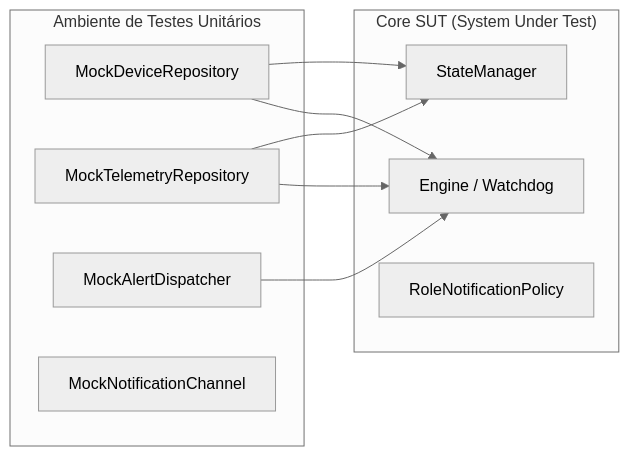
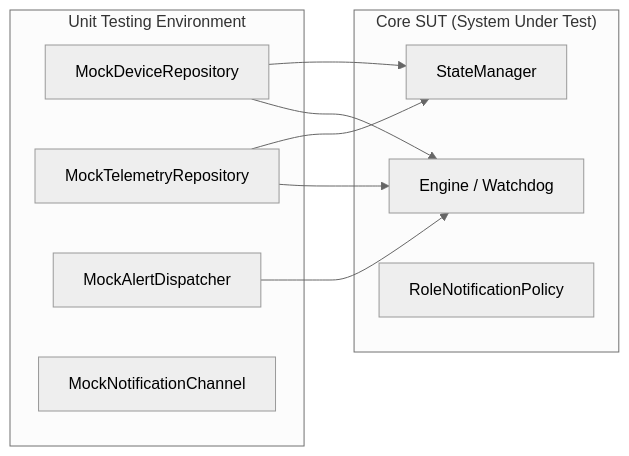
The diagram in docs/TESTING.md (Noxfort-Systems-Brazil/Monitor), drawn with Mermaid (neutral theme) before and after one commit. The commit also changed other lines of this file and 13 other files, not shown here.

````diff
--- a/docs/TESTING.md
+++ b/docs/TESTING.md
@@ -27,21 +27,21 @@
 ```mermaid
 graph LR
-    subgraph "Ambiente de Testes Unitários"
+    subgraph "Unit Testing Environment"
         MockDev[MockDeviceRepository]
         MockTel[MockTelemetryRepository]
         MockAlert[MockAlertDispatcher]
         MockChannel[MockNotificationChannel]
     end
 
     subgraph "Core SUT (System Under Test)"
         Engine[Engine / Watchdog]
         State[StateManager]
         Router[RoleNotificationPolicy]
     end
 
     MockDev --> Engine
     MockTel --> Engine
     MockAlert --> Engine
     MockTel --> State
     MockDev --> State
 ```
````
